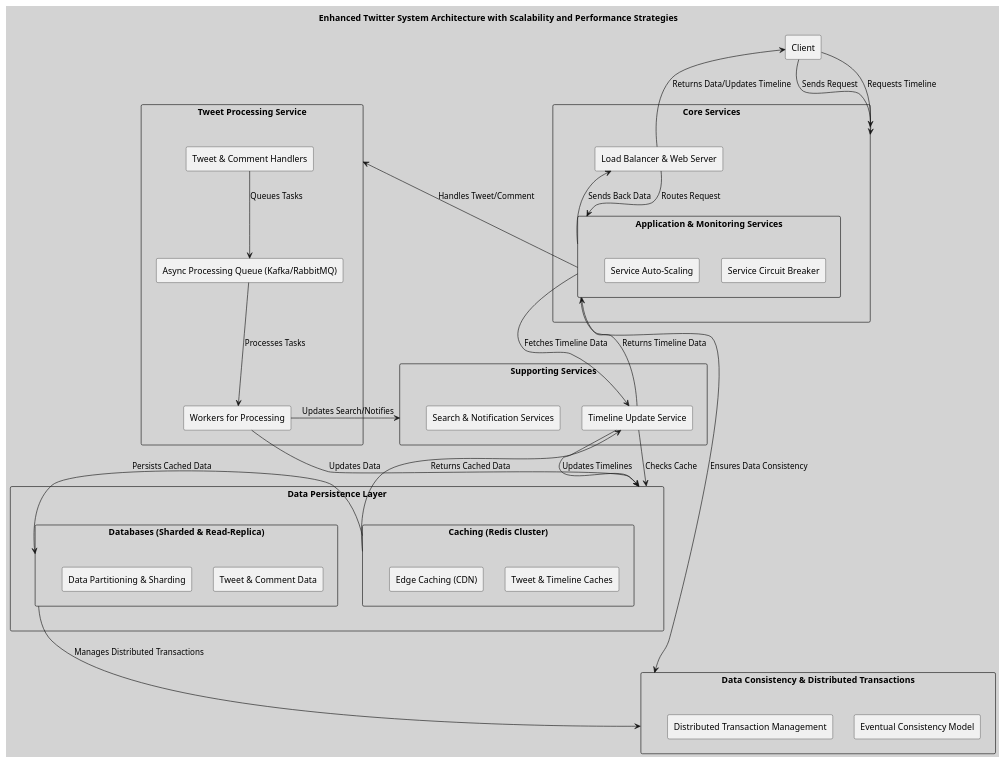
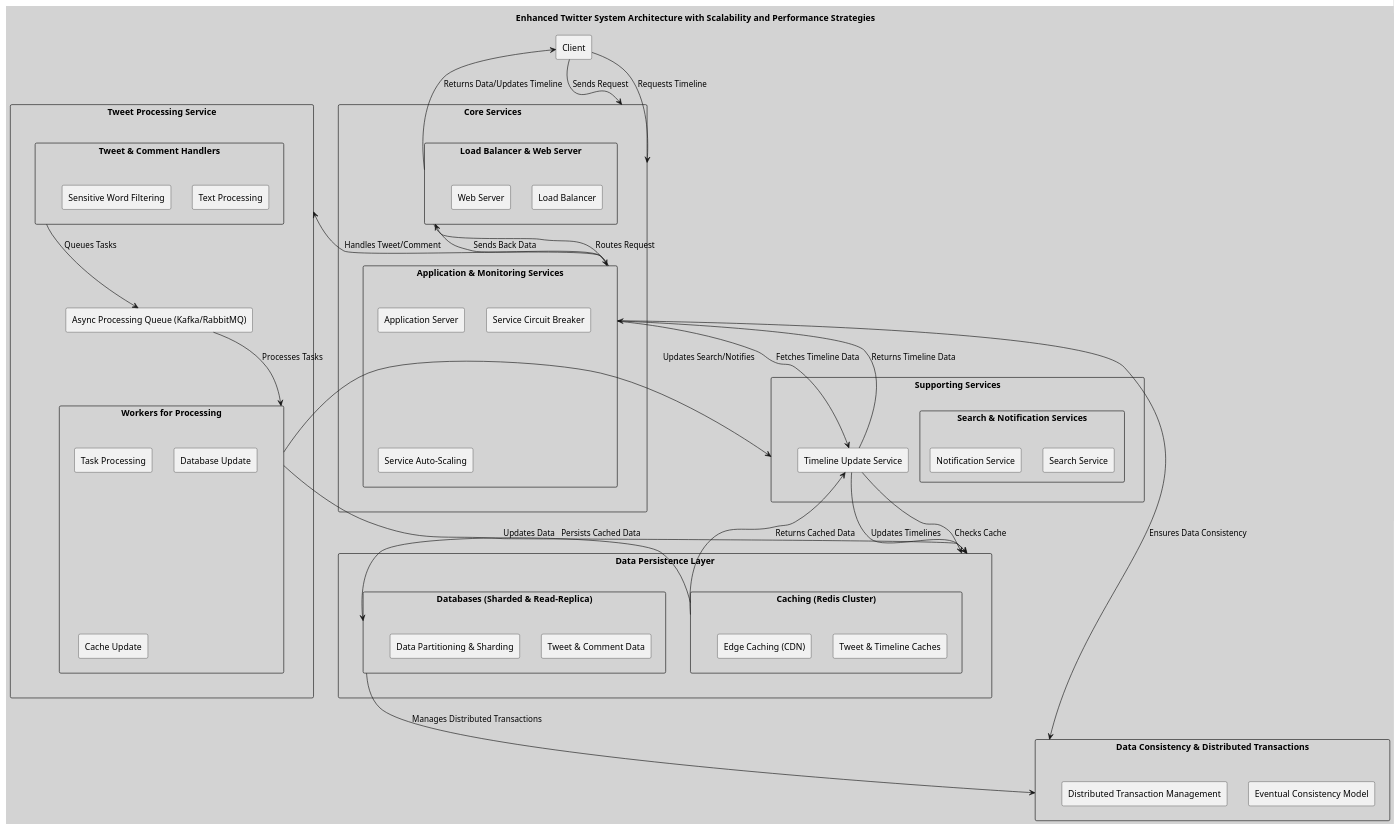
The diagram in twitter/tweet_system_detailed_architecture.puml (huangyingw/system_design), drawn with PlantUML before and after one commit.

```diff
--- a/twitter/tweet_system_detailed_architecture.puml
+++ b/twitter/tweet_system_detailed_architecture.puml
@@ -1,64 +1,78 @@
 @startuml
 
 skinparam backgroundColor #D3D3D3
 
 title Enhanced Twitter System Architecture with Scalability and Performance Strategies
 
 rectangle Client
 
 rectangle "Core Services" as Core {
-    rectangle "Load Balancer & Web Server" as LBWS
+    rectangle "Load Balancer & Web Server" as LBWS {
+        rectangle "Load Balancer"
+        rectangle "Web Server"
+    }
     rectangle "Application & Monitoring Services" as AMS {
+        rectangle "Application Server"
         rectangle "Service Circuit Breaker"
         rectangle "Service Auto-Scaling"
     }
 }
 
 rectangle "Tweet Processing Service" as TPS {
-    rectangle "Tweet & Comment Handlers" as TCH
+    rectangle "Tweet & Comment Handlers" as TCH {
+        rectangle "Text Processing"
+        rectangle "Sensitive Word Filtering"
+    }
     rectangle "Async Processing Queue (Kafka/RabbitMQ)" as APQ
-    rectangle "Workers for Processing" as Workers
+    rectangle "Workers for Processing" as Workers {
+        rectangle "Task Processing"
+        rectangle "Database Update"
+        rectangle "Cache Update"
+    }
 }
 
 rectangle "Supporting Services" as SS {
-    rectangle "Search & Notification Services" as SNS
+    rectangle "Search & Notification Services" as SNS {
+        rectangle "Search Service"
+        rectangle "Notification Service"
+    }
     rectangle "Timeline Update Service" as TUS
 }
 
 rectangle "Data Persistence Layer" as DPS {
     rectangle "Caching (Redis Cluster)" as Cache {
         rectangle "Tweet & Timeline Caches"
         rectangle "Edge Caching (CDN)"
     }
     rectangle "Databases (Sharded & Read-Replica)" as DB {
         rectangle "Tweet & Comment Data"
         rectangle "Data Partitioning & Sharding"
     }
 }
 
 rectangle "Data Consistency & Distributed Transactions" as DCDT {
     rectangle "Eventual Consistency Model"
     rectangle "Distributed Transaction Management"
 }
 
 Client -down-> Core : Sends Request
 LBWS -down-> AMS : Routes Request
 AMS -down-> TPS : Handles Tweet/Comment
 TCH -down-> APQ : Queues Tasks
 APQ -down-> Workers : Processes Tasks
 Workers -down-> DPS : Updates Data
 Cache -> DB : Persists Cached Data
 Workers -down-> SS : Updates Search/Notifies
 TUS -down-> DPS : Updates Timelines
 Client -down-> Core : Requests Timeline
 AMS -down-> TUS : Fetches Timeline Data
 TUS -down-> DPS : Checks Cache
 Cache -> TUS : Returns Cached Data
 TUS -> AMS : Returns Timeline Data
 AMS -> LBWS : Sends Back Data
 LBWS -> Client : Returns Data/Updates Timeline
 
 AMS -right-> DCDT : Ensures Data Consistency
 DB -down-> DCDT : Manages Distributed Transactions
 
 @enduml
```
